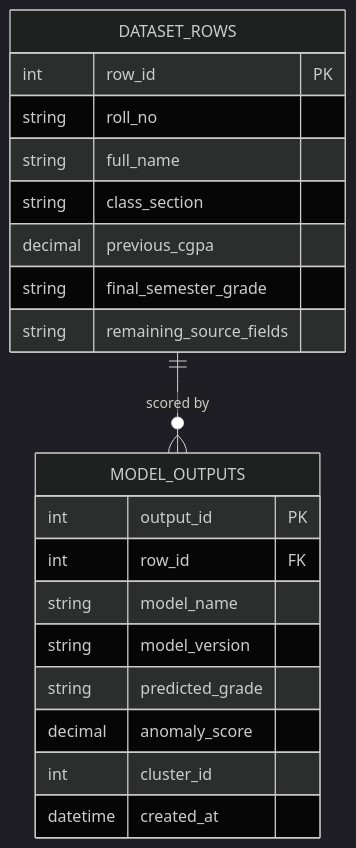
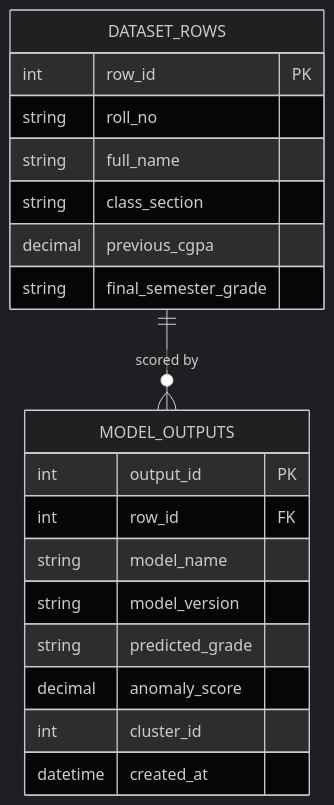
The second of 2 diagrams in README.md (ayushdubey-dev/edu-growth), drawn with Mermaid (dark theme) before and after one commit. The commit also changed other lines of this file, not shown here.

````diff
--- a/README.md
+++ b/README.md
@@ -116,24 +116,23 @@
 ```mermaid
 erDiagram
     DATASET_ROWS ||--o{ MODEL_OUTPUTS : "scored by"
 
     DATASET_ROWS {
         int row_id PK
         string roll_no
         string full_name
         string class_section
         decimal previous_cgpa
         string final_semester_grade
-        string remaining_source_fields
     }
     MODEL_OUTPUTS {
         int output_id PK
         int row_id FK
         string model_name
         string model_version
         string predicted_grade
         decimal anomaly_score
         int cluster_id
         datetime created_at
     }
 ```
````
